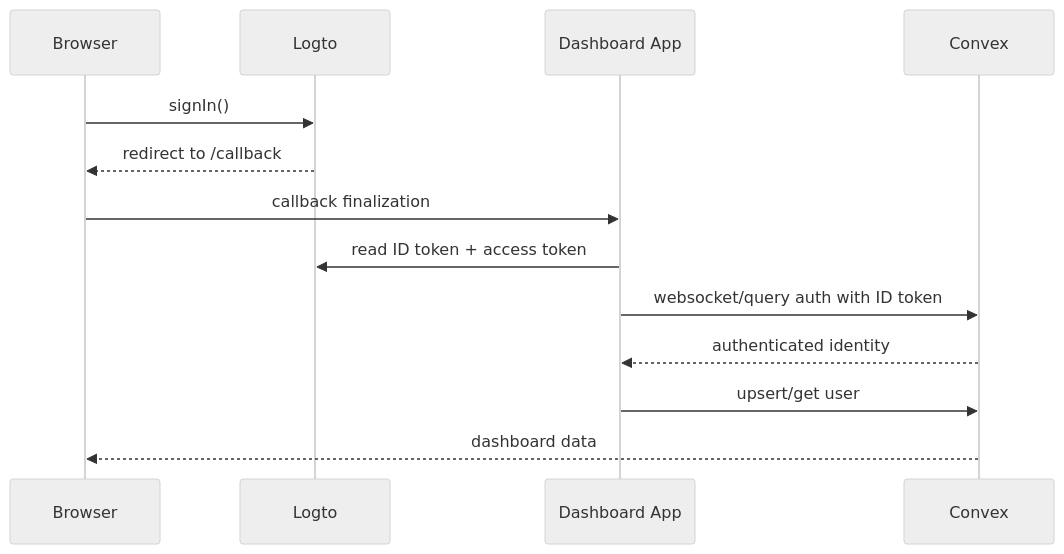
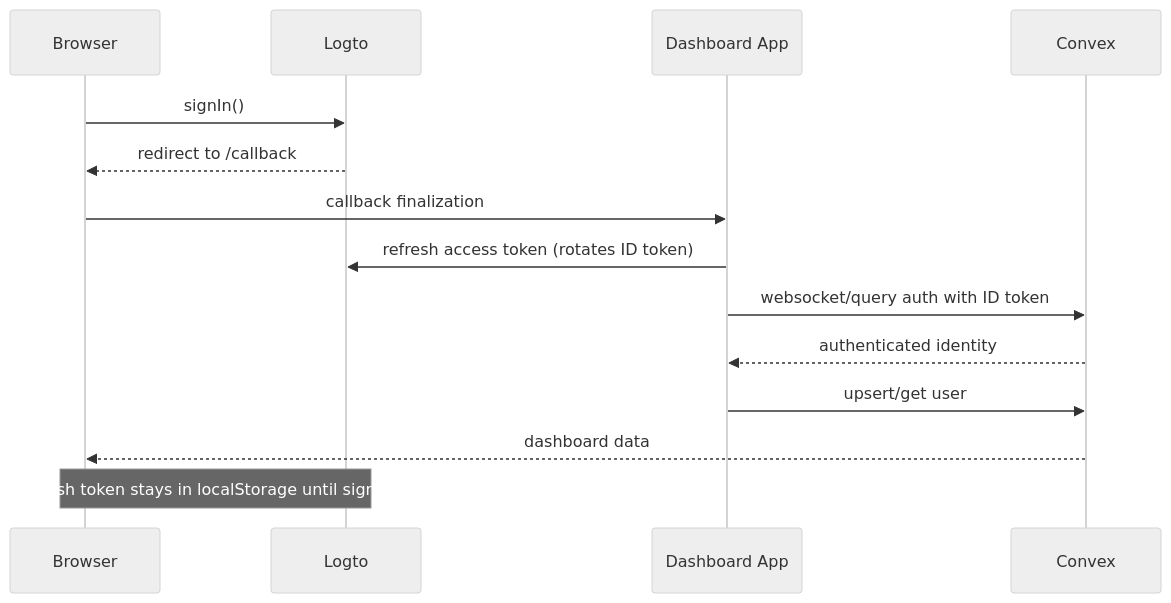
One commit to IEEE-at-UC-San-Diego/ieeeatucsd-org changed the first of 2 diagrams in apps/dashboard/docs/AUTH_RUNBOOK.md. Above: the diagram before and after it, drawn with Mermaid (neutral theme). The commit also changed other lines of this file and 15 other files, not shown here.

````diff
--- a/apps/dashboard/docs/AUTH_RUNBOOK.md
+++ b/apps/dashboard/docs/AUTH_RUNBOOK.md
@@ -30,16 +38,17 @@
 ```mermaid
 sequenceDiagram
   participant B as Browser
   participant L as Logto
   participant A as Dashboard App
   participant C as Convex
 
   B->>L: signIn()
   L-->>B: redirect to /callback
   B->>A: callback finalization
-  A->>L: read ID token + access token
+  A->>L: refresh access token (rotates ID token)
   A->>C: websocket/query auth with ID token
   C-->>A: authenticated identity
   A->>C: upsert/get user
   C-->>B: dashboard data
+  Note over B,L: Refresh token stays in localStorage until signOut()
 ```
````
